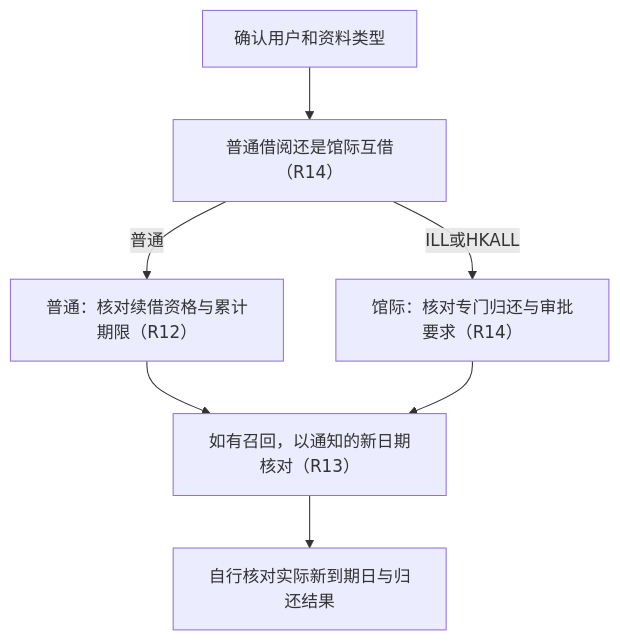
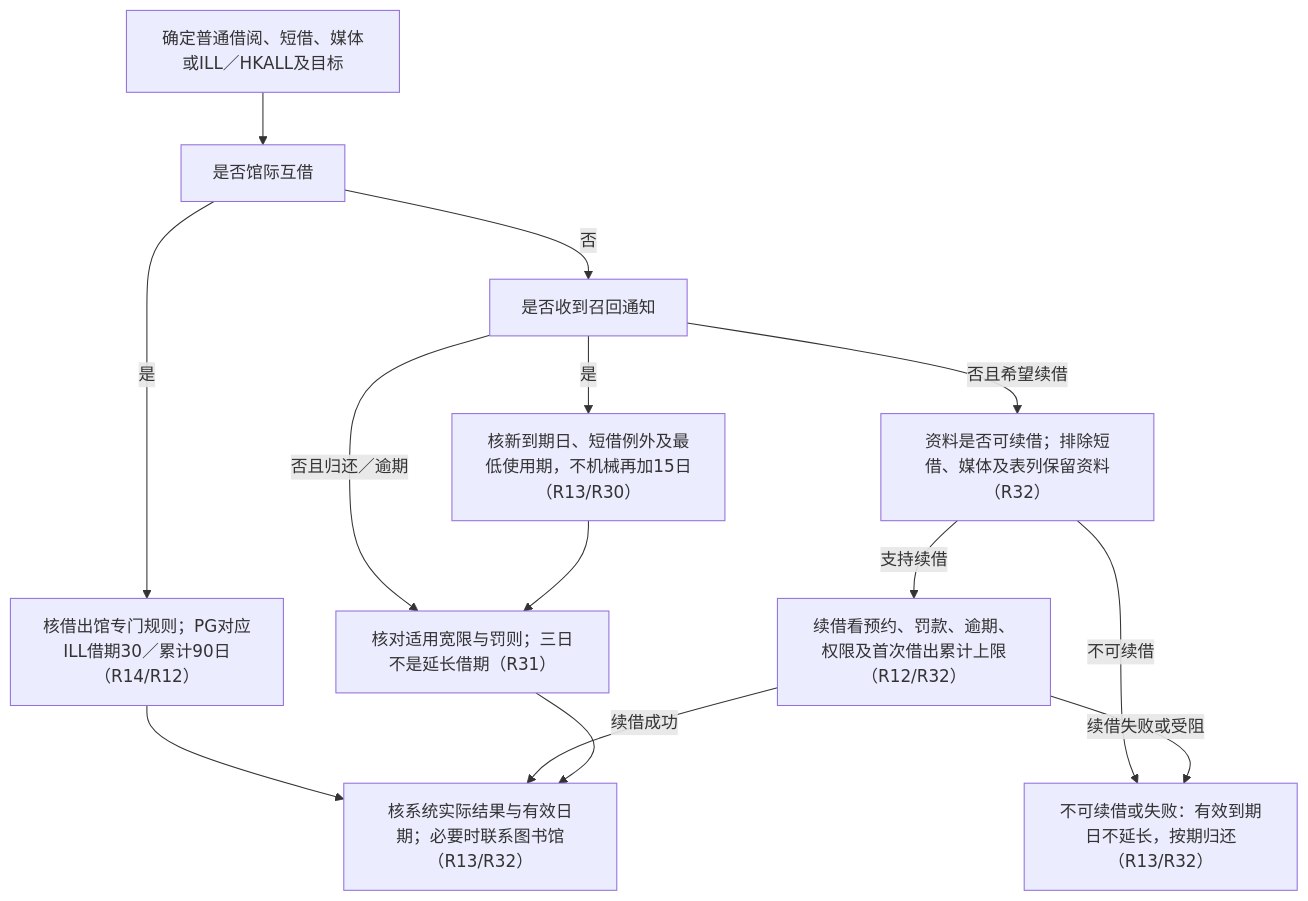
Before and after one commit to zhewangguaiguaide/5003: the sixth of 8 diagrams in knowledge/README.md, drawn with Mermaid. The commit also changed other lines of this file and 5 other files, not shown here.

````diff
--- a/knowledge/README.md
+++ b/knowledge/README.md
@@ -217,15 +325,26 @@
 ```mermaid
 flowchart TD
-    a["确认用户和资料类型"]
-    b["普通借阅还是馆际互借（R14）"]
-    c["普通：核对续借资格与累计期限（R12）"]
-    d["馆际：核对专门归还与审批要求（R14）"]
-    e["如有召回，以通知的新日期核对（R13）"]
-    z["自行核对实际新到期日与归还结果"]
+    a["确定普通借阅、短借、媒体或ILL／HKALL及目标"]
+    b["是否馆际互借"]
+    c["核借出馆专门规则；PG对应ILL借期30／累计90日（R14/R12）"]
+    d["是否收到召回通知"]
+    e["核新到期日、短借例外及最低使用期，不机械再加15日（R13/R30）"]
+    f["续借看预约、罚款、逾期、权限及首次借出累计上限（R12/R32）"]
+    g["核对适用宽限与罚则；三日不是延长借期（R31）"]
+    z["核系统实际结果与有效日期；必要时联系图书馆（R13/R32）"]
+    v["资料是否可续借；排除短借、媒体及表列保留资料（R32）"]
+    n["不可续借或失败：有效到期日不延长，按期归还（R13/R32）"]
     a --> b
-    b -->|普通| c
-    b -->|ILL或HKALL| d
-    c --> e
-    d --> e
-    e --> z
+    b -->|是| c
+    c --> z
+    b -->|否| d
+    d -->|是| e
+    d -->|否且希望续借| v
+    d -->|否且归还／逾期| g
+    e --> g
+    f -->|续借成功| z
+    g --> z
+    v -->|支持续借| f
+    v -->|不可续借| n
+    f -->|续借失败或受阻| n
 ```
````
